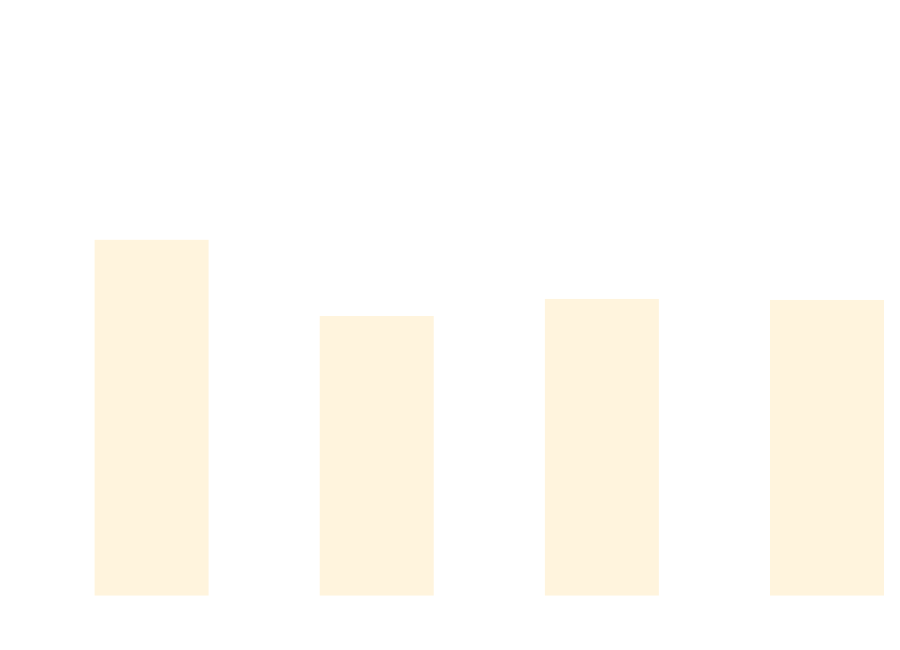
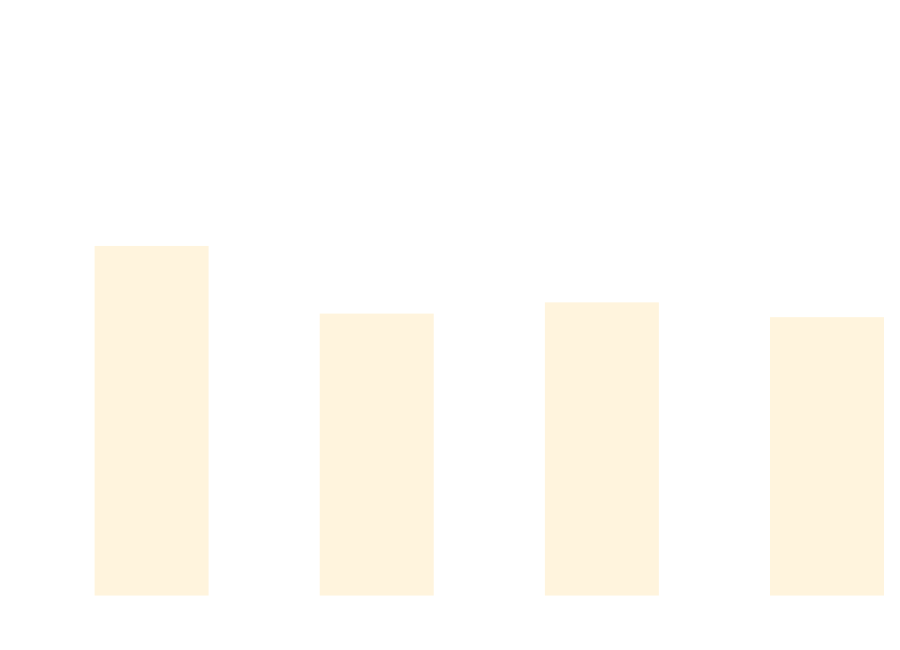
The diagram in docs/docs/benchmarks/BuildTime.md (thomhurst/TUnit), drawn with Mermaid before and after one commit. The commit also changed other lines of this file and 17 other files, not shown here.

````diff
--- a/docs/docs/benchmarks/BuildTime.md
+++ b/docs/docs/benchmarks/BuildTime.md
@@ -28,37 +28,37 @@
 ```mermaid
 %%{init: {
   'theme':'base',
   'themeVariables': {
     'primaryColor': '#2563eb',
     'primaryTextColor': '#ffffff',
     'primaryBorderColor': '#1e40af',
     'lineColor': '#6b7280',
     'secondaryColor': '#7c3aed',
     'tertiaryColor': '#dc2626',
     'background': '#ffffff',
     'mainBkg': '#2563eb',
     'secondBkg': '#7c3aed',
     'tertiaryBkg': '#dc2626',
     'clusterBkg': '#f3f4f6',
     'edgeLabelBackground': '#ffffff',
     'tertiaryTextColor': '#1f2937',
     'pie1': '#2563eb',
     'pie2': '#7c3aed',
     'pie3': '#dc2626',
     'pie4': '#f59e0b',
     'pie5': '#10b981',
     'pie6': '#06b6d4',
     'pie7': '#ec4899',
     'pie8': '#6366f1',
     'pie9': '#84cc16',
     'pie10': '#f97316',
     'pie11': '#14b8a6',
     'pie12': '#a855f7'
   }
 }}%%
 xychart-beta
   title "Build Time Comparison"
   x-axis ["Build_TUnit", "Build_NUnit", "Build_MSTest", "Build_xUnit3"]
   y-axis "Time (s)" 0 --> 3
-  bar [2.03, 1.583, 1.683, 1.677]
+  bar [1.994, 1.597, 1.663, 1.576]
 ```
````
